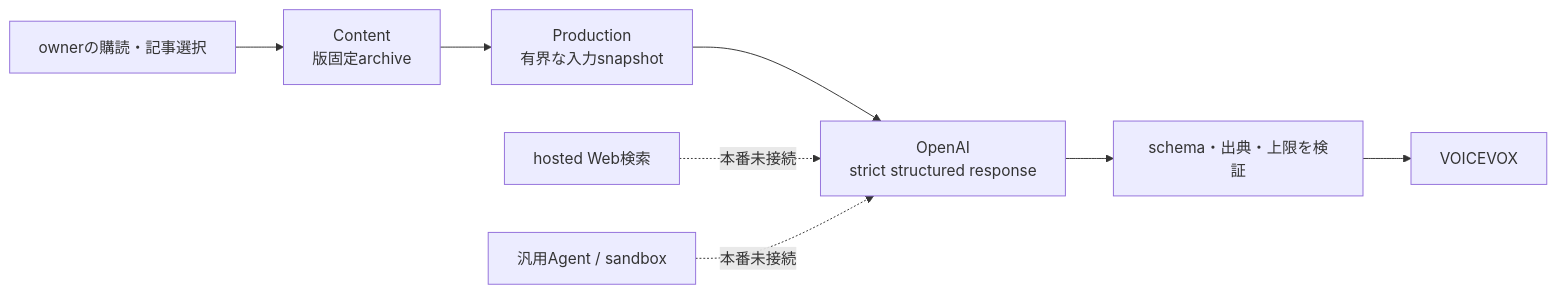
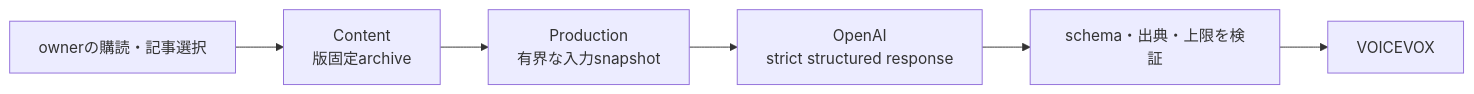
The diagram in docs/adr/0038-bounded-structured-production-generation.md (r4ai/news-podcast), drawn with Mermaid before and after one commit. The commit also changed other lines of this file and 8 other files, not shown here.

Commit message:
docs(architecture): record legacy removal

````diff
--- a/docs/adr/0038-bounded-structured-production-generation.md
+++ b/docs/adr/0038-bounded-structured-production-generation.md
@@ -22,10 +22,8 @@
 ```mermaid
 flowchart LR
   Owner["ownerの購読・記事選択"] --> Archive["Content<br/>版固定archive"]
   Archive --> Input["Production<br/>有界な入力snapshot"]
   Input --> LLM["OpenAI<br/>strict structured response"]
   LLM --> Verify["schema・出典・上限を検証"]
   Verify --> TTS["VOICEVOX"]
-  Search["hosted Web検索"] -. "本番未接続" .-> LLM
-  Harness["汎用Agent / sandbox"] -. "本番未接続" .-> LLM
 ```
````
